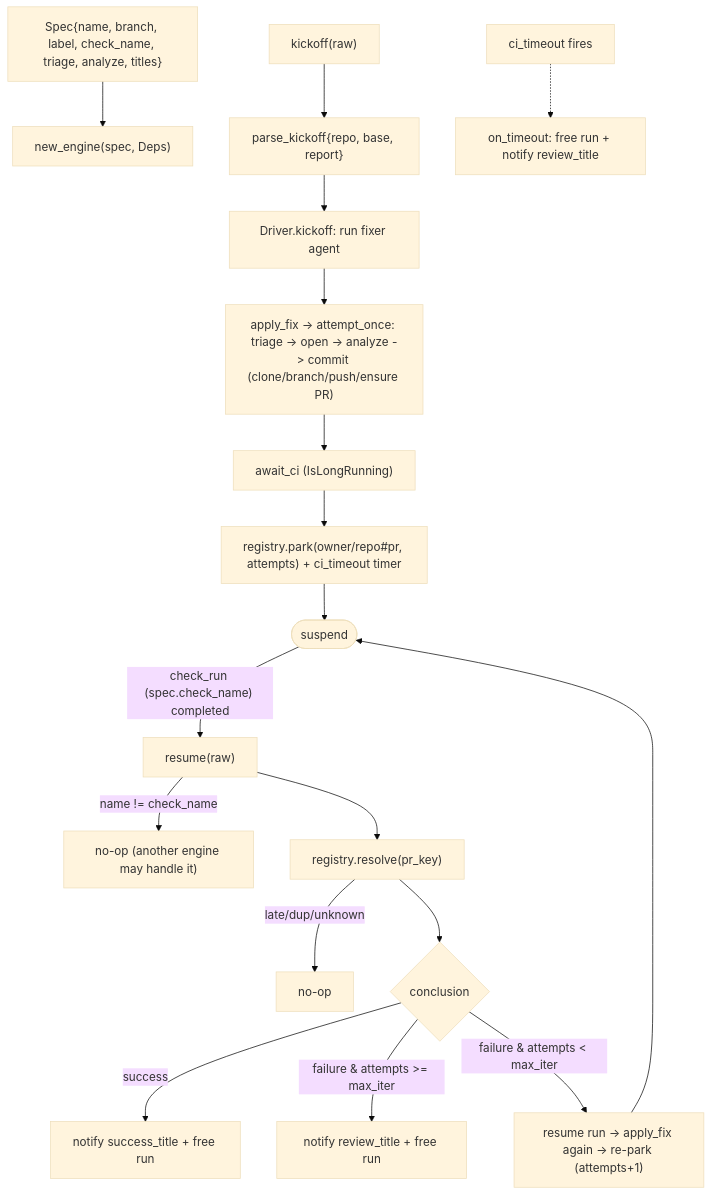
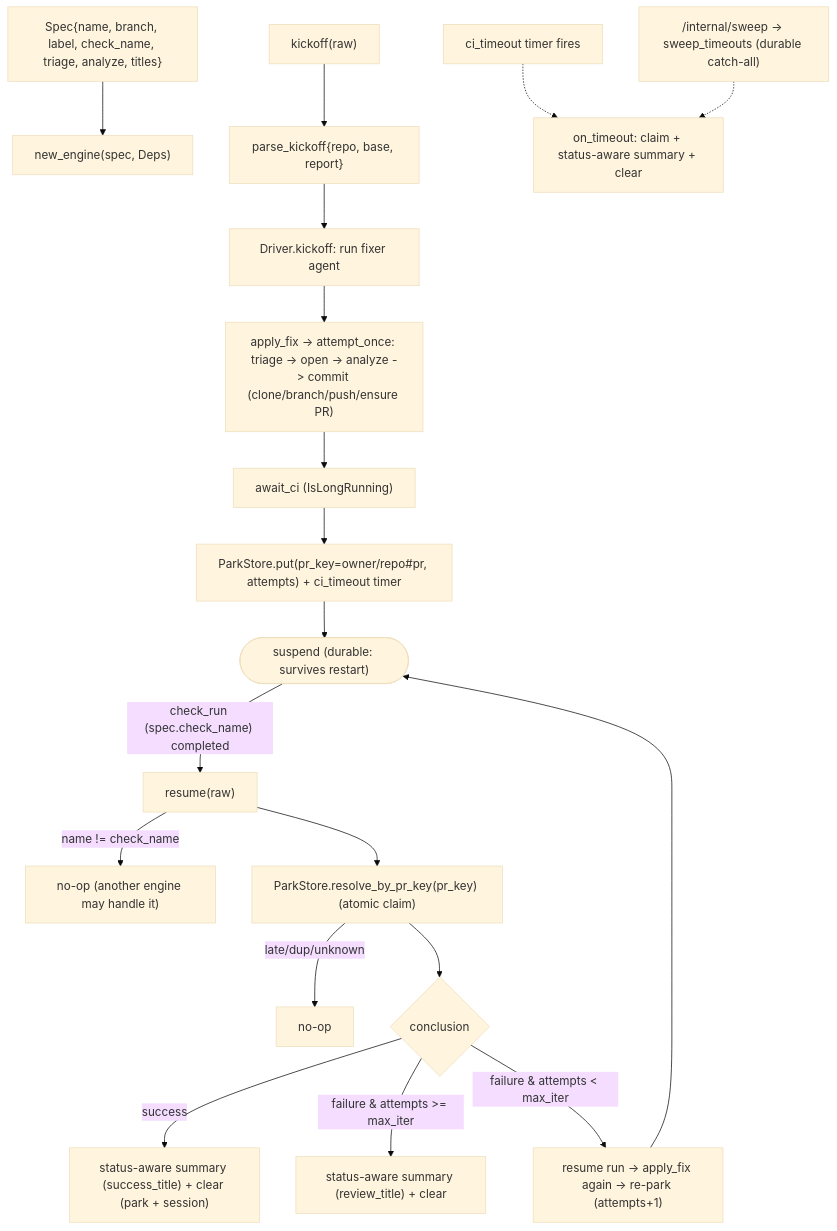
One commit to jkjamies/automation-agent changed the diagram in python/automation_agent/agent/fixflow/AGENTS.md. Above: the diagram before and after it, drawn with Mermaid (base theme). The commit also changed other lines of this file and 88 other files, not shown here.

````diff
--- a/python/automation_agent/agent/fixflow/AGENTS.md
+++ b/python/automation_agent/agent/fixflow/AGENTS.md
@@ -23,21 +31,22 @@
 ```mermaid
 flowchart TD
     Spec["Spec{name, branch, label, check_name, triage, analyze, titles}"] --> E["new_engine(spec, Deps)"]
     K["kickoff(raw)"] --> KP["parse_kickoff{repo, base, report}"]
     KP --> DK["Driver.kickoff: run fixer agent"]
     DK --> AF["apply_fix -> attempt_once: triage -> open -> analyze -> commit (clone/branch/push/ensure PR)"]
     AF --> AW["await_ci (IsLongRunning)"]
-    AW --> PK["registry.park(owner/repo#pr, attempts) + ci_timeout timer"]
-    PK --> SUS(["suspend"])
+    AW --> PK["ParkStore.put(pr_key=owner/repo#pr, attempts) + ci_timeout timer"]
+    PK --> SUS(["suspend (durable: survives restart)"])
 
     SUS -->|"check_run (spec.check_name) completed"| R["resume(raw)"]
     R -->|"name != check_name"| NO["no-op (another engine may handle it)"]
-    R --> RES["registry.resolve(pr_key)"]
+    R --> RES["ParkStore.resolve_by_pr_key(pr_key) (atomic claim)"]
     RES -->|"late/dup/unknown"| NO2["no-op"]
     RES --> C{conclusion}
-    C -->|success| OK["notify success_title + free run"]
-    C -->|failure & attempts >= max_iter| HRV["notify review_title + free run"]
+    C -->|success| OK["status-aware summary (success_title) + clear (park + session)"]
+    C -->|failure & attempts >= max_iter| HRV["status-aware summary (review_title) + clear"]
     C -->|failure & attempts < max_iter| RT["resume run -> apply_fix again -> re-park (attempts+1)"]
     RT --> SUS
-    TO["ci_timeout fires"] -.-> TON["on_timeout: free run + notify review_title"]
+    TO["ci_timeout timer fires"] -.-> TON["on_timeout: claim + status-aware summary + clear"]
+    SW["/internal/sweep -> sweep_timeouts (durable catch-all)"] -.-> TON
 ```
````
